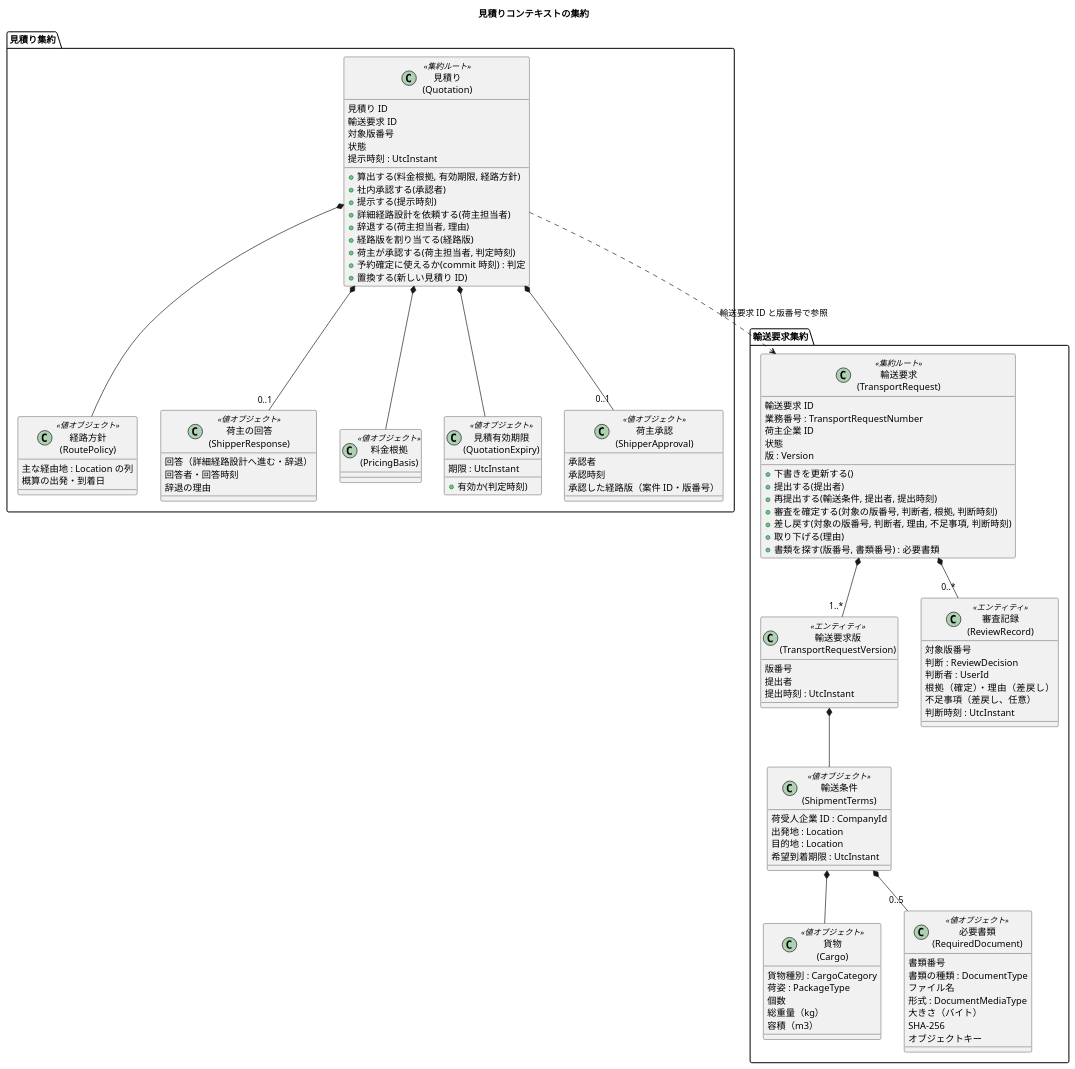
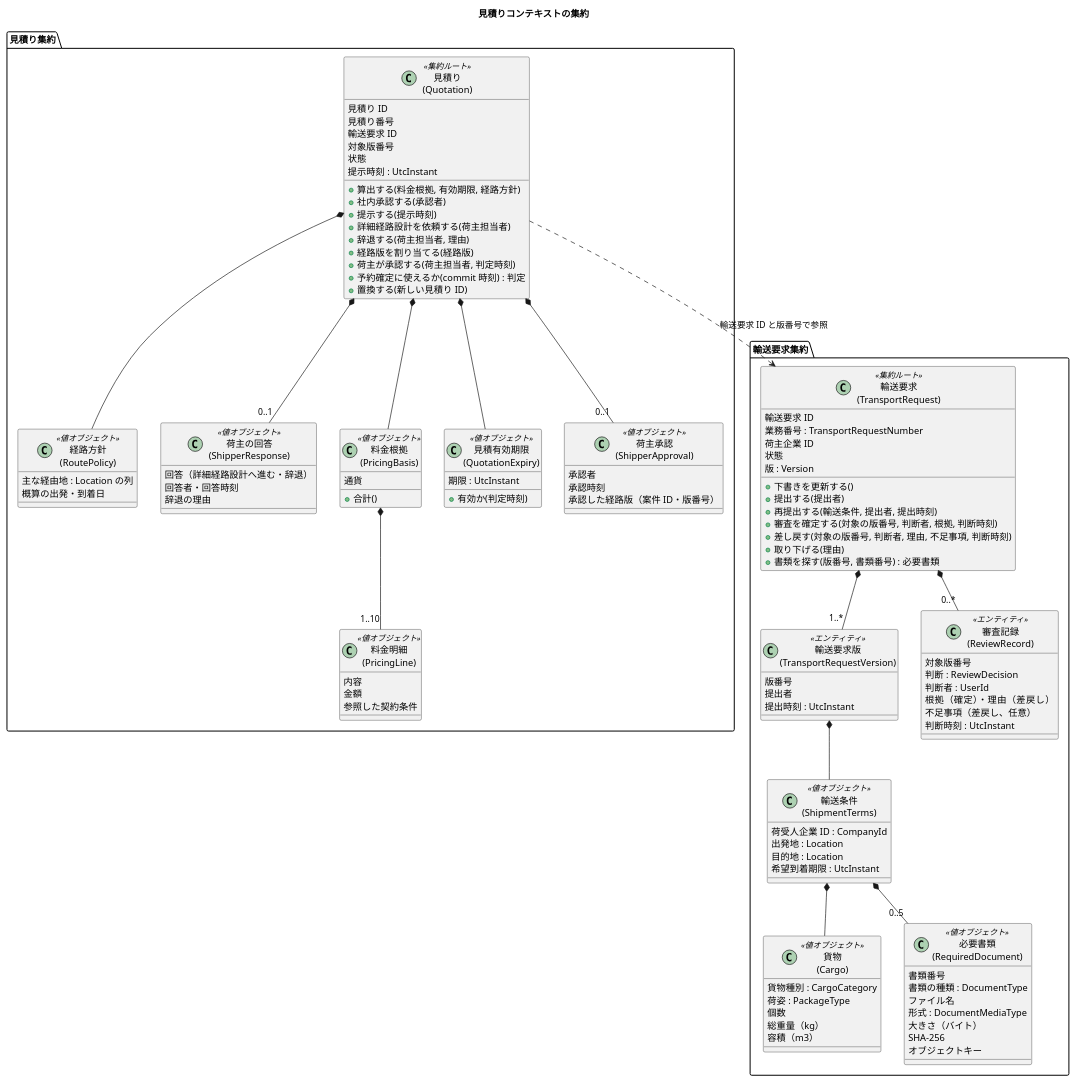
Before and after one commit to k2works/practical-domain-driven-design-in-enterpris-application: the third of 15 diagrams in docs/design/cargo-tracker/domain_model.md, drawn with PlantUML. The commit also changed other lines of this file and 5 other files, not shown here.

```diff
--- a/docs/design/cargo-tracker/domain_model.md
+++ b/docs/design/cargo-tracker/domain_model.md
@@ -271,6 +273,7 @@
 package "見積り集約" {
   class "見積り\n(Quotation)" as Q <<集約ルート>> {
     見積り ID
+    見積り番号
     輸送要求 ID
     対象版番号
     状態
@@ -294,7 +297,15 @@
     回答者・回答時刻
     辞退の理由
   }
-  class "料金根拠\n(PricingBasis)" as PB <<値オブジェクト>>
+  class "料金根拠\n(PricingBasis)" as PB <<値オブジェクト>> {
+    通貨
+    + 合計()
+  }
+  class "料金明細\n(PricingLine)" as PL <<値オブジェクト>> {
+    内容
+    金額
+    参照した契約条件
+  }
   class "見積有効期限\n(QuotationExpiry)" as Exp <<値オブジェクト>> {
     期限 : UtcInstant
     + 有効か(判定時刻)
@@ -305,6 +316,7 @@
     承認した経路版（案件 ID・版番号）
   }
   Q *-- PB
+  PB *-- "1..10" PL
   Q *-- Exp
   Q *-- RP
   Q *-- "0..1" SR
```
